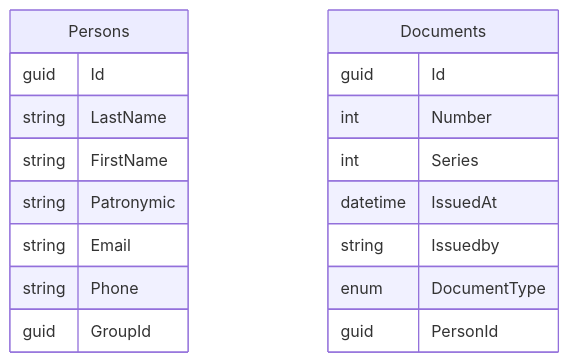
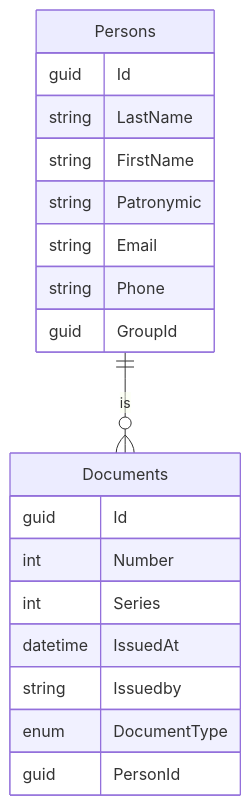
The diagram in README.md (SlavaNik16/Accessories_PC_Nik_Api), drawn with Mermaid before and after one commit.

````diff
--- a/README.md
+++ b/README.md
@@ -5,21 +5,22 @@
 ```mermaid
 erDiagram
     Persons {
         guid Id
         string LastName
         string FirstName
         string Patronymic
         string Email
         string Phone
         guid GroupId
     }
     Documents {
         guid Id
         int Number
         int Series
         datetime IssuedAt
         string Issuedby
         enum DocumentType
         guid PersonId
-    }  
+    }
+Persons ||--o{ Documents: is
 ```
````
